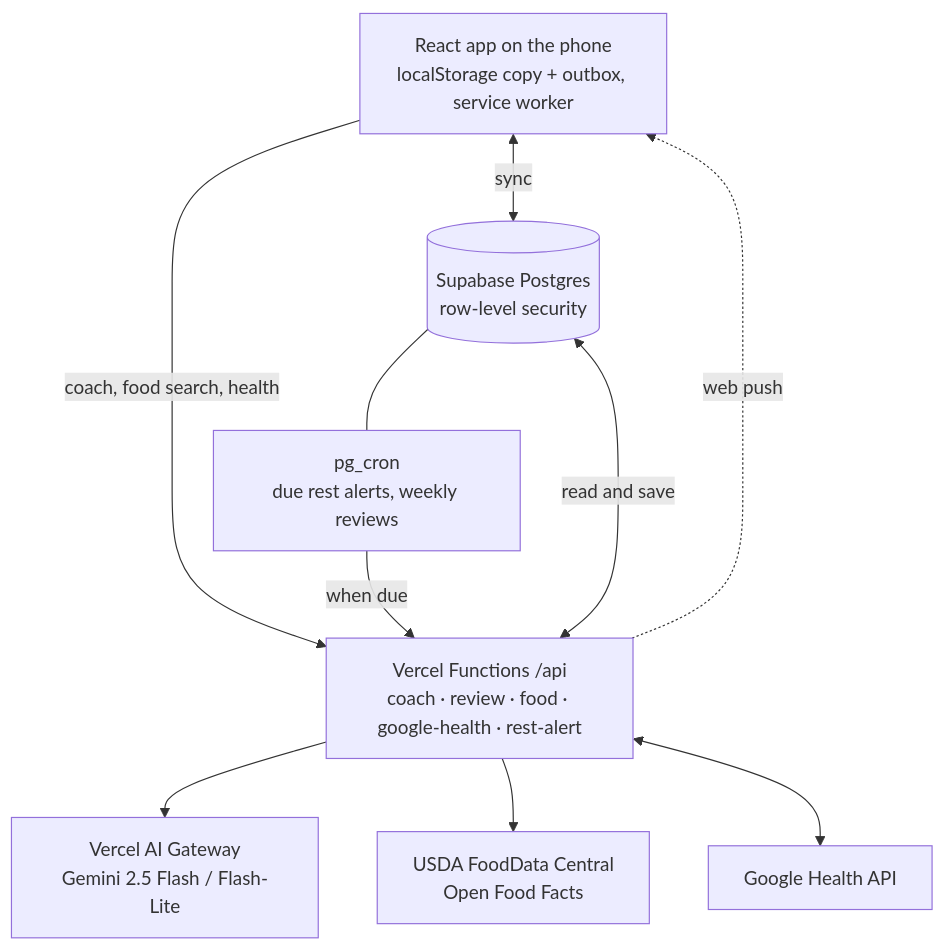
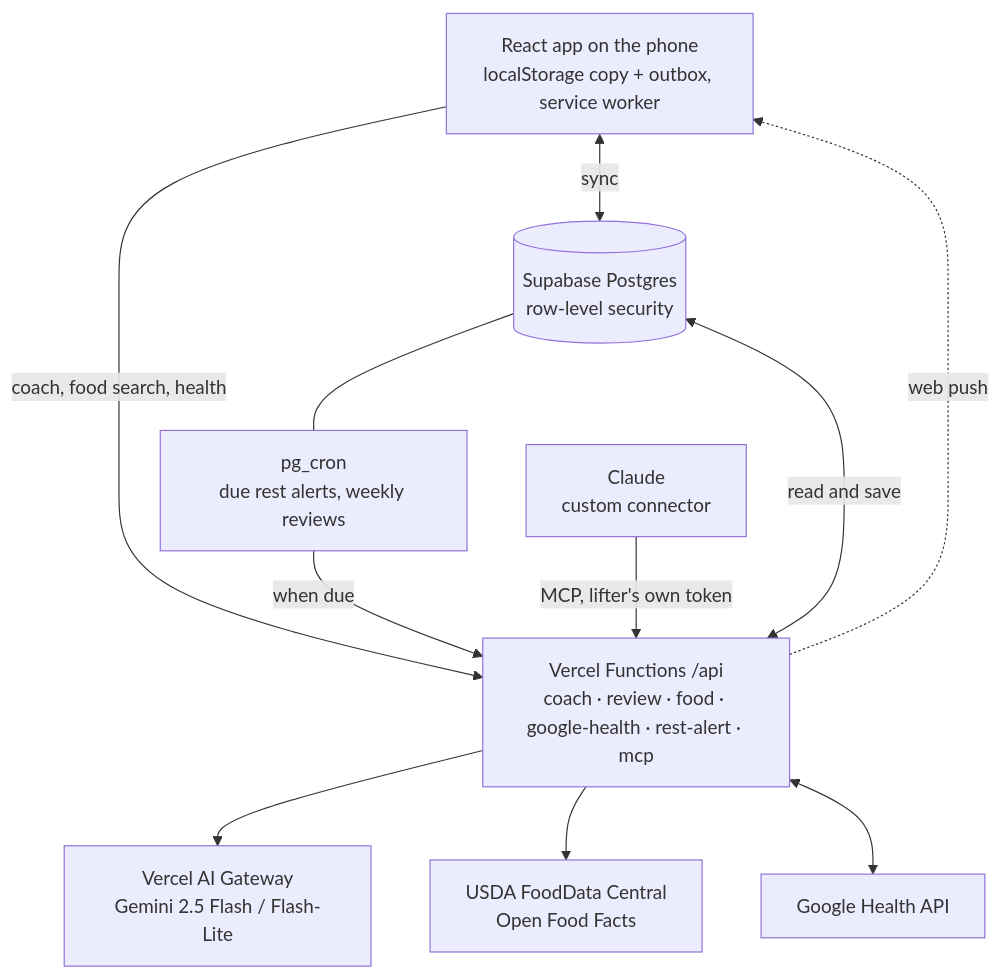
One commit to ndroidappple/gym-buddy changed the diagram in README.md. Above: the diagram before and after it, drawn with Mermaid. The commit also changed other lines of this file and 12 other files, not shown here.

First line of the commit message:
Claude connector: read-only MCP server signed in with the lifter's own account

````diff
--- a/README.md
+++ b/README.md
@@ -74,20 +76,22 @@
 ```mermaid
 flowchart TB
   App["React app on the phone<br/>localStorage copy + outbox, service worker"]
   DB[("Supabase Postgres<br/>row-level security")]
   Cron["pg_cron<br/>due rest alerts, weekly reviews"]
-  API["Vercel Functions /api<br/>coach · review · food · google-health · rest-alert"]
+  API["Vercel Functions /api<br/>coach · review · food · google-health · rest-alert · mcp"]
   AI["Vercel AI Gateway<br/>Gemini 2.5 Flash / Flash-Lite"]
   Food["USDA FoodData Central<br/>Open Food Facts"]
   GH["Google Health API"]
+  Claude["Claude<br/>custom connector"]
 
   App <-->|sync| DB
   App -->|coach, food search, health| API
   DB --- Cron
   Cron -->|when due| API
   API <-->|read and save| DB
   API --> AI
   API --> Food
   API <--> GH
   API -.->|web push| App
+  Claude -->|MCP, lifter's own token| API
 ```
````
